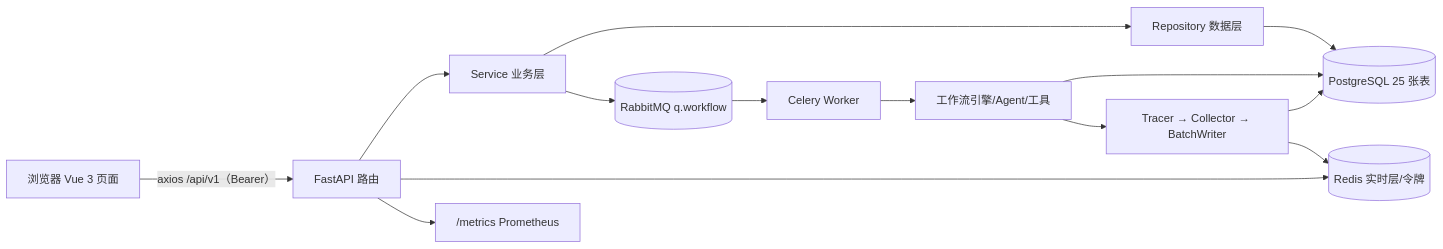
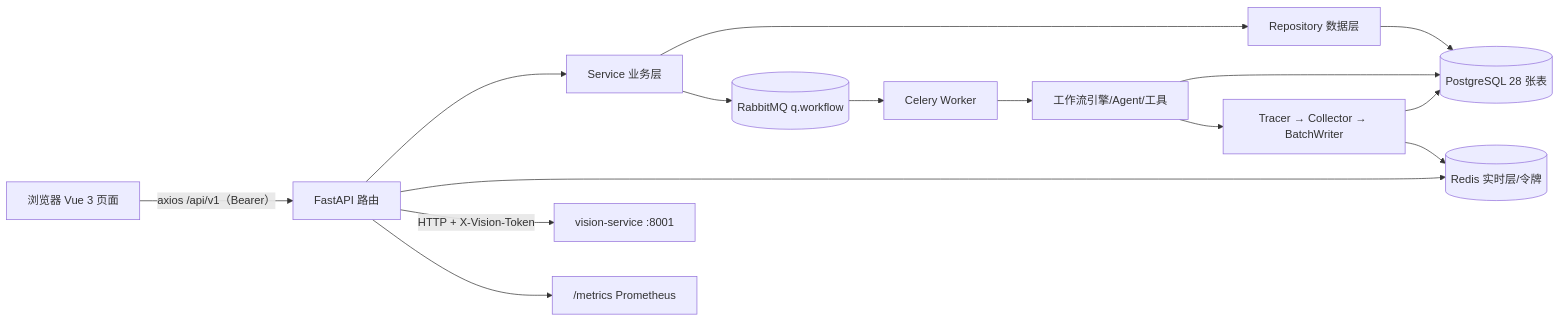
Before and after one commit to qinglan-qaq/EdgePilot: the first of 19 diagrams in docs/user-flows.md, drawn with Mermaid. The commit also changed other lines of this file and 10 other files, not shown here.

````diff
--- a/docs/user-flows.md
+++ b/docs/user-flows.md
@@ -49,16 +55,17 @@
 ```mermaid
 flowchart LR
   B["浏览器 Vue 3 页面"] -->|"axios /api/v1（Bearer）"| A["FastAPI 路由"]
   A --> S["Service 业务层"]
   S --> R["Repository 数据层"]
-  R --> PG[("PostgreSQL 25 张表")]
+  R --> PG[("PostgreSQL 28 张表")]
   A --> RD[("Redis 实时层/令牌")]
+  A -->|"HTTP + X-Vision-Token"| VS["vision-service :8001"]
   S --> MQ[("RabbitMQ q.workflow")]
   MQ --> W["Celery Worker"]
   W --> S2["工作流引擎/Agent/工具"]
   S2 --> PG
   S2 --> OBS["Tracer → Collector → BatchWriter"]
   OBS --> PG
   OBS --> RD
   A --> PM["/metrics Prometheus"]
 ```
````
